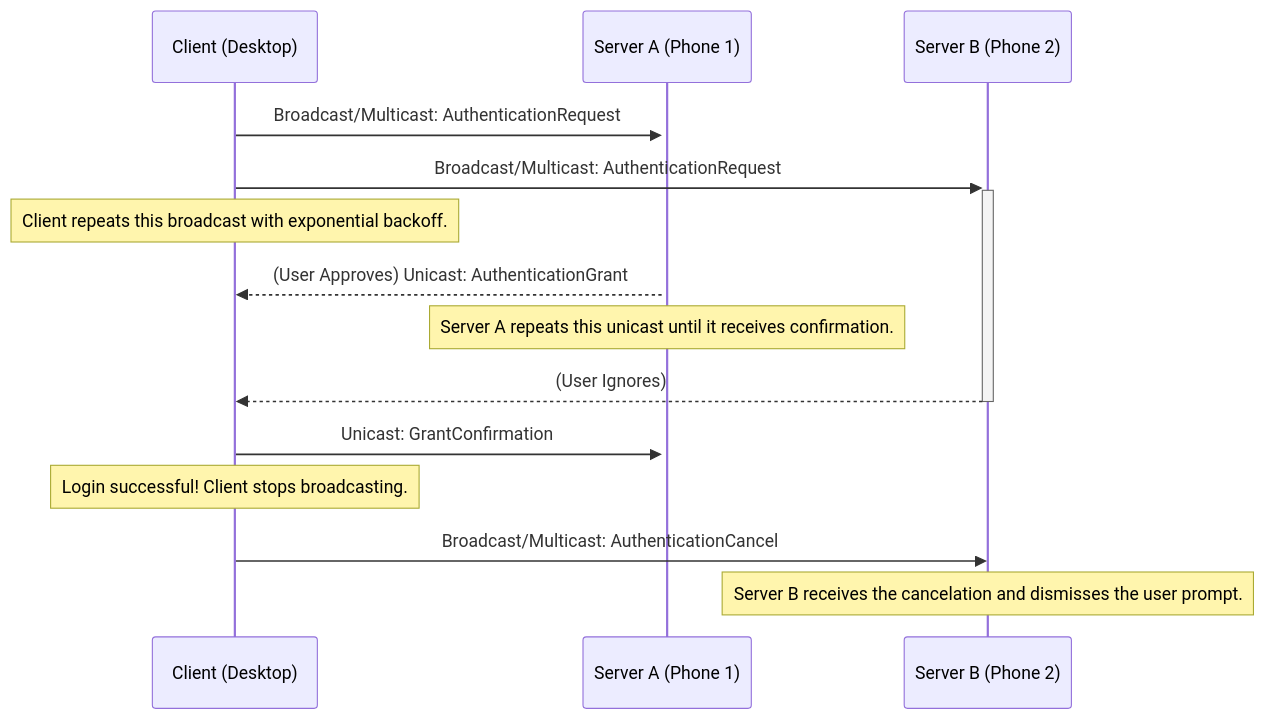
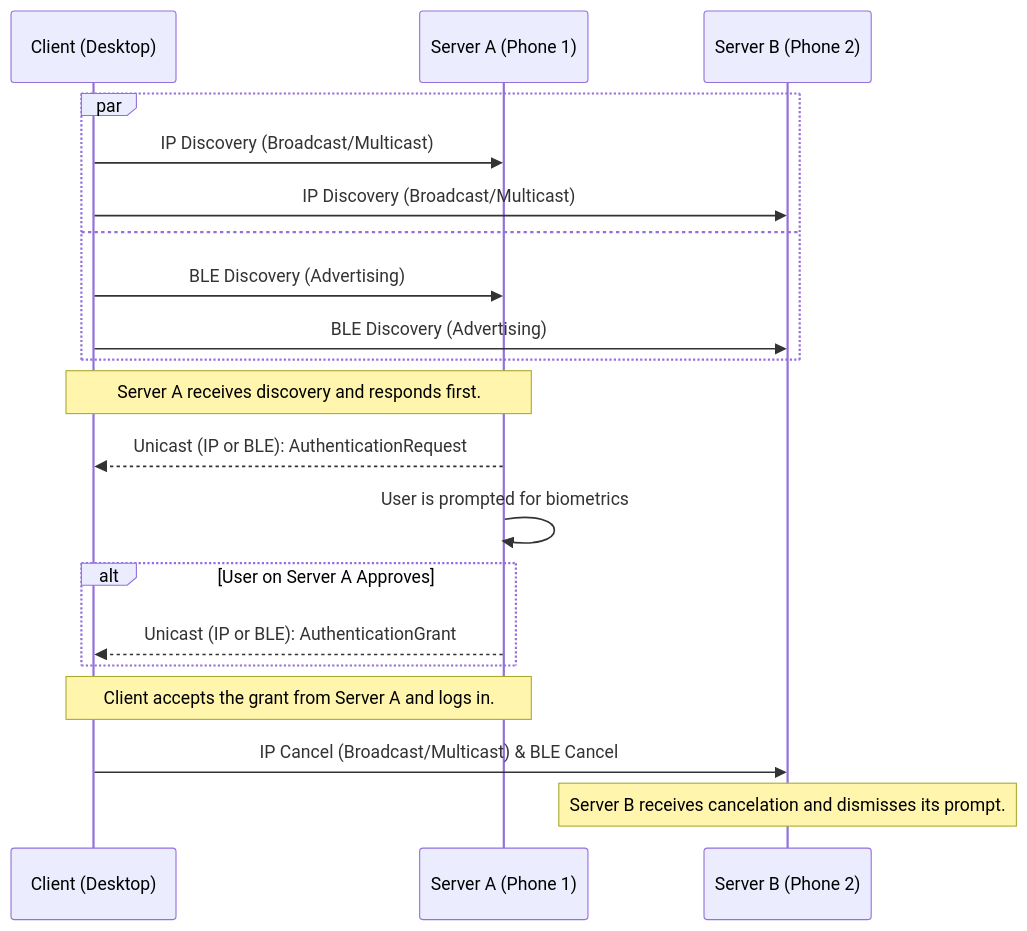
Before and after one commit to Lolle2000la/tapauth: the diagram in docs/design-documents/protocoll/authentication-flow.md, drawn with Mermaid. The commit also changed other lines of this file, not shown here.

Commit message:
Extend auth flow by BLE for robustness against bad/restricted networks

````diff
--- a/docs/design-documents/protocoll/authentication-flow.md
+++ b/docs/design-documents/protocoll/authentication-flow.md
@@ -12,20 +12,26 @@
 ```mermaid
 sequenceDiagram
     participant Client (Desktop)
     participant Server A (Phone 1)
     participant Server B (Phone 2)
 
-    Client (Desktop)->>+Server A (Phone 1): Broadcast/Multicast: AuthenticationRequest
-    Client (Desktop)->>+Server B (Phone 2): Broadcast/Multicast: AuthenticationRequest
-    Note over Client (Desktop): Client repeats this broadcast with exponential backoff.
+    par
+        Client (Desktop)->>Server A (Phone 1): IP Discovery (Broadcast/Multicast)
+        Client (Desktop)->>Server B (Phone 2): IP Discovery (Broadcast/Multicast)
+    and
+        Client (Desktop)->>Server A (Phone 1): BLE Discovery (Advertising)
+        Client (Desktop)->>Server B (Phone 2): BLE Discovery (Advertising)
+    end
 
-    Server A (Phone 1)-->>Client (Desktop): (User Approves) Unicast: AuthenticationGrant
-    Note over Server A (Phone 1): Server A repeats this unicast until it receives confirmation.
-    Server B (Phone 2)-->>-Client (Desktop): (User Ignores)
+    Note over Client (Desktop), Server A (Phone 1): Server A receives discovery and responds first.
+    Server A (Phone 1)-->>Client (Desktop): Unicast (IP or BLE): AuthenticationRequest
     
-    Client (Desktop)->>Server A (Phone 1): Unicast: GrantConfirmation
-    Note over Client (Desktop): Login successful! Client stops broadcasting.
+    Server A (Phone 1)->>Server A (Phone 1): User is prompted for biometrics
+    alt User on Server A Approves
+        Server A (Phone 1)-->>Client (Desktop): Unicast (IP or BLE): AuthenticationGrant
+    end
     
-    Client (Desktop)->>Server B (Phone 2): Broadcast/Multicast: AuthenticationCancel
-    Note over Server B (Phone 2): Server B receives the cancelation and dismisses the user prompt.
+    Note over Client (Desktop), Server A (Phone 1): Client accepts the grant from Server A and logs in.
+    Client (Desktop)->>Server B (Phone 2): IP Cancel (Broadcast/Multicast) & BLE Cancel
+    Note over Server B (Phone 2): Server B receives cancelation and dismisses its prompt.
 ```
````
